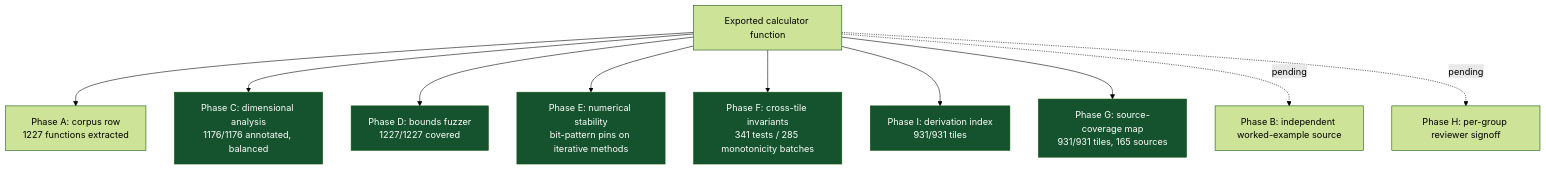
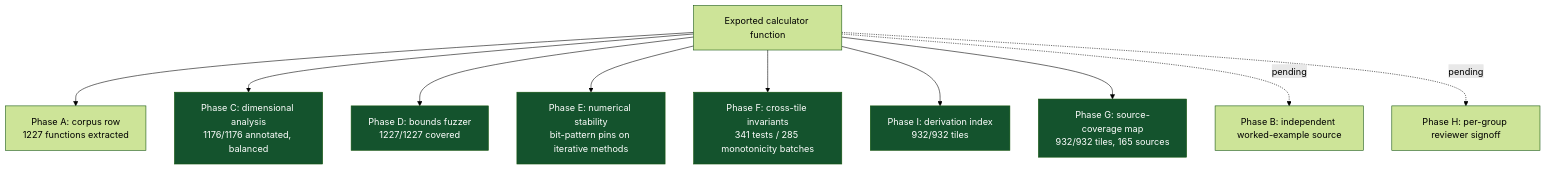
The sixth of 8 diagrams in README.md (clay-good/roughlogic.com), drawn with Mermaid (forest theme) before and after one commit. The commit also changed other lines of this file and 17 other files, not shown here.

````diff
--- a/README.md
+++ b/README.md
@@ -519,18 +519,18 @@
 ```mermaid
 flowchart TB
     F[Exported calculator function] --> A[Phase A: corpus row\n1227 functions extracted]
     F --> C[Phase C: dimensional analysis\n1176/1176 annotated, balanced]
     F --> D[Phase D: bounds fuzzer\n1227/1227 covered]
     F --> E[Phase E: numerical stability\nbit-pattern pins on iterative methods]
     F --> Fa[Phase F: cross-tile invariants\n341 tests / 285 monotonicity batches]
-    F --> I[Phase I: derivation index\n931/931 tiles]
-    F --> G[Phase G: source-coverage map\n931/931 tiles, 165 sources]
+    F --> I[Phase I: derivation index\n932/932 tiles]
+    F --> G[Phase G: source-coverage map\n932/932 tiles, 165 sources]
     F -.pending.-> B[Phase B: independent worked-example source]
     F -.pending.-> H[Phase H: per-group reviewer signoff]
     style C fill:#14532d,color:#fff
     style D fill:#14532d,color:#fff
     style E fill:#14532d,color:#fff
     style Fa fill:#14532d,color:#fff
     style G fill:#14532d,color:#fff
     style I fill:#14532d,color:#fff
 ```
````
